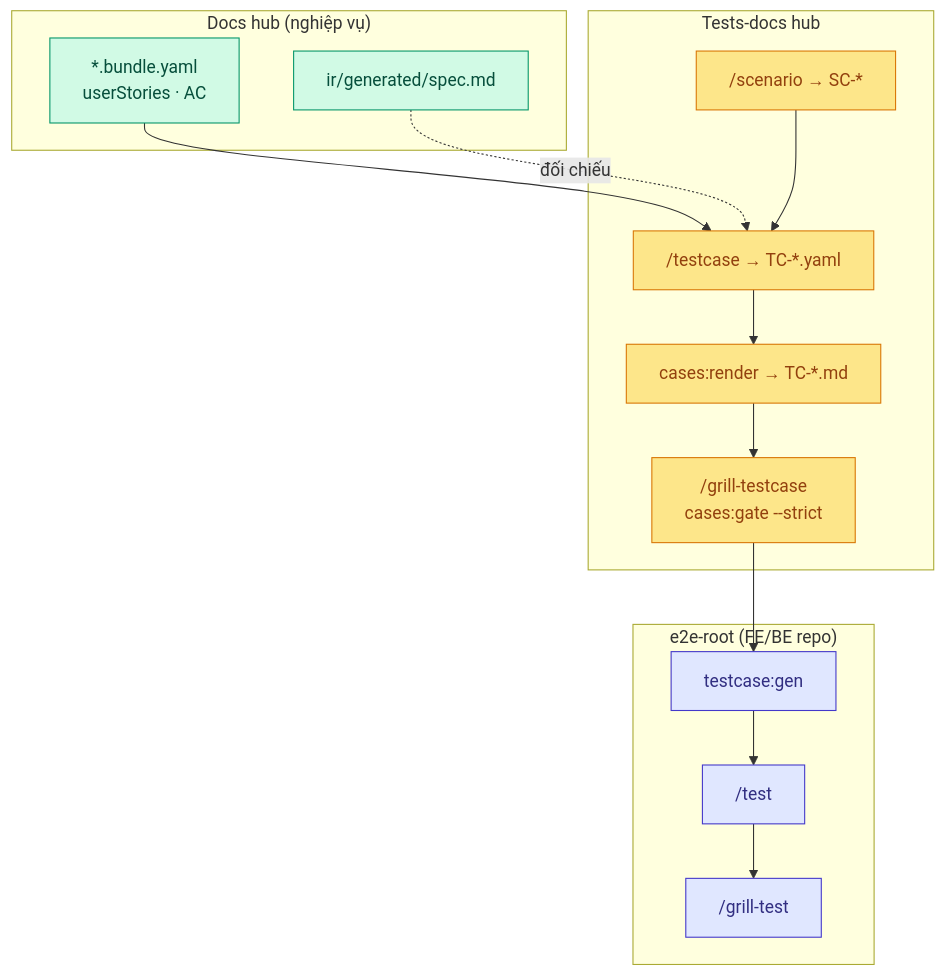
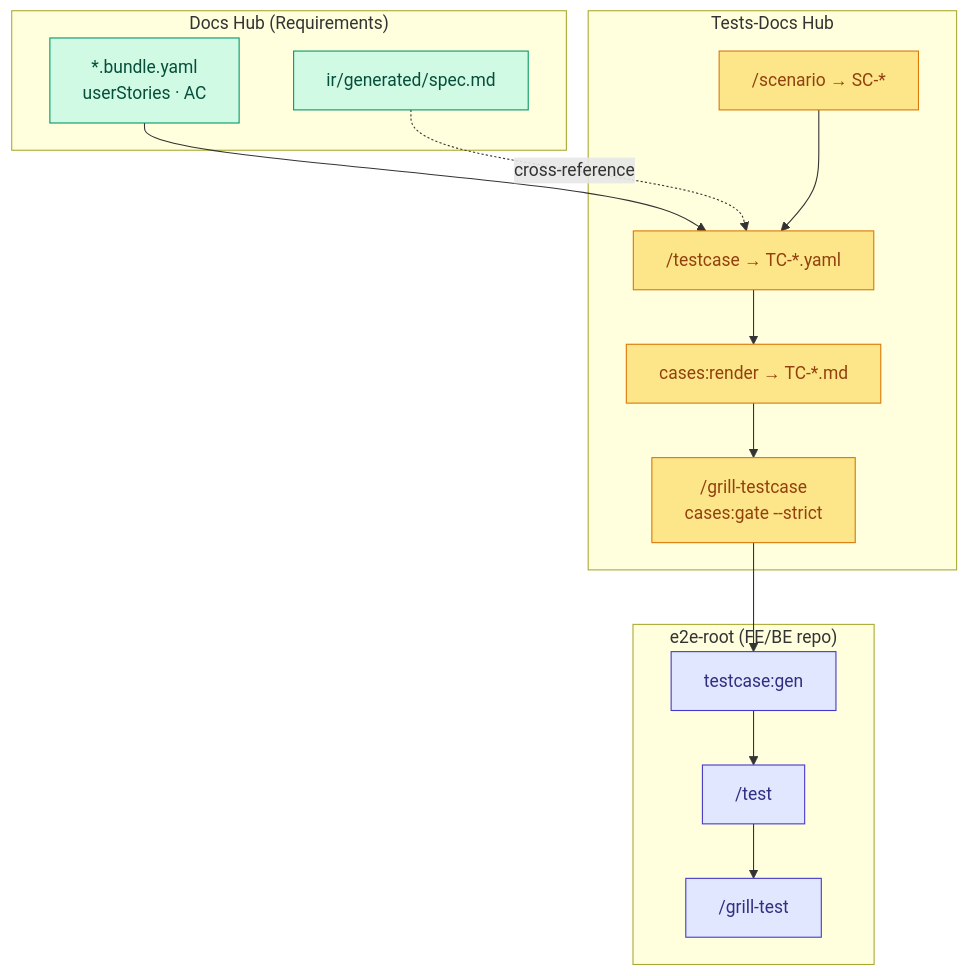
Before and after one commit to ShanYuCoder/flowgrid-docs: the first of 5 diagrams in workflows/test.md, drawn with Mermaid. The commit also changed other lines of this file and 348 other files, not shown here.

````diff
--- a/workflows/test.md
+++ b/workflows/test.md
@@ -13,34 +13,34 @@
 ```mermaid
 flowchart TD
-  subgraph DOCS["Docs hub (nghiệp vụ)"]
+  subgraph DOCS["Docs Hub (Requirements)"]
     B["*.bundle.yaml\nuserStories · AC"]
     VP["ir/generated/spec.md"]
   end
 
-  subgraph HUB["Tests-docs hub"]
+  subgraph HUB["Tests-Docs Hub"]
     SC["/scenario → SC-*"]
     TC["/testcase → TC-*.yaml"]
     REN["cases:render → TC-*.md"]
     GTG["/grill-testcase\ncases:gate --strict"]
   end
 
   subgraph E2E["e2e-root (FE/BE repo)"]
     GEN["testcase:gen"]
     T["/test"]
     GT["/grill-test"]
   end
 
   B --> TC
-  VP -.->|đối chiếu| TC
+  VP -.->|cross-reference| TC
   SC --> TC
   TC --> REN --> GTG
   GTG --> GEN --> T --> GT
 
   classDef docs fill:#D1FAE5,stroke:#059669,color:#064E3B
   classDef hub fill:#FDE68A,stroke:#D97706,color:#92400E
   classDef e2e fill:#E0E7FF,stroke:#4338CA,color:#312E81
 
   class B,VP docs
   class SC,TC,REN,GTG hub
   class GEN,T,GT e2e
 ```
````
